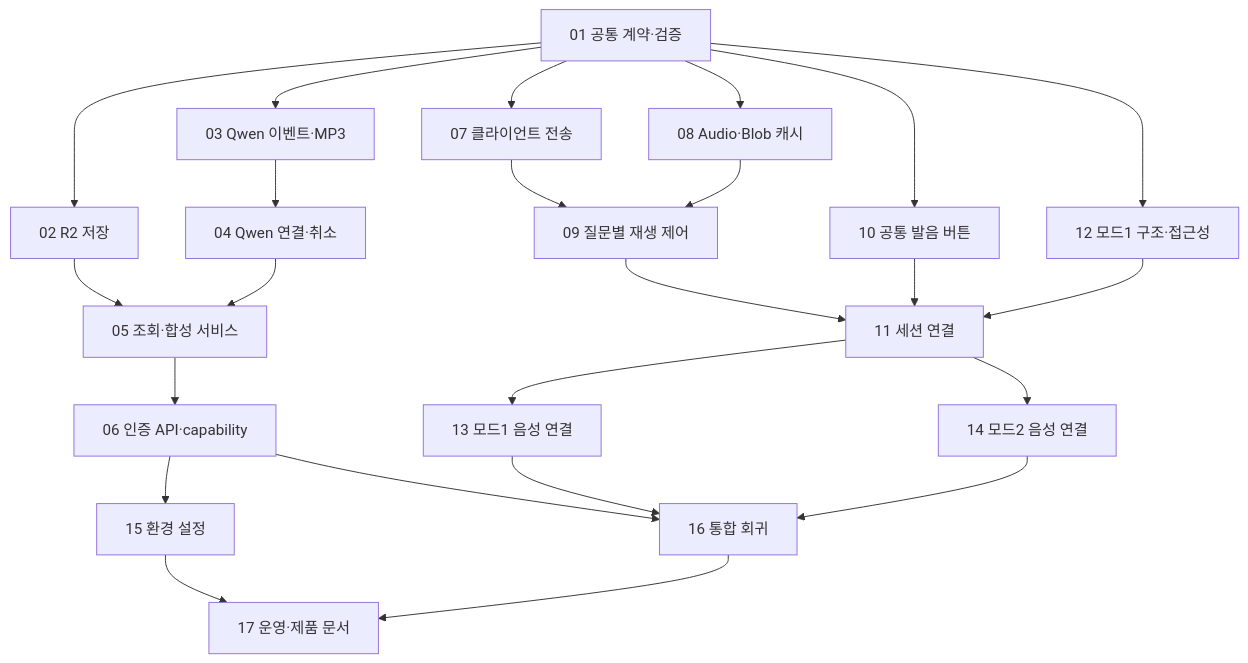
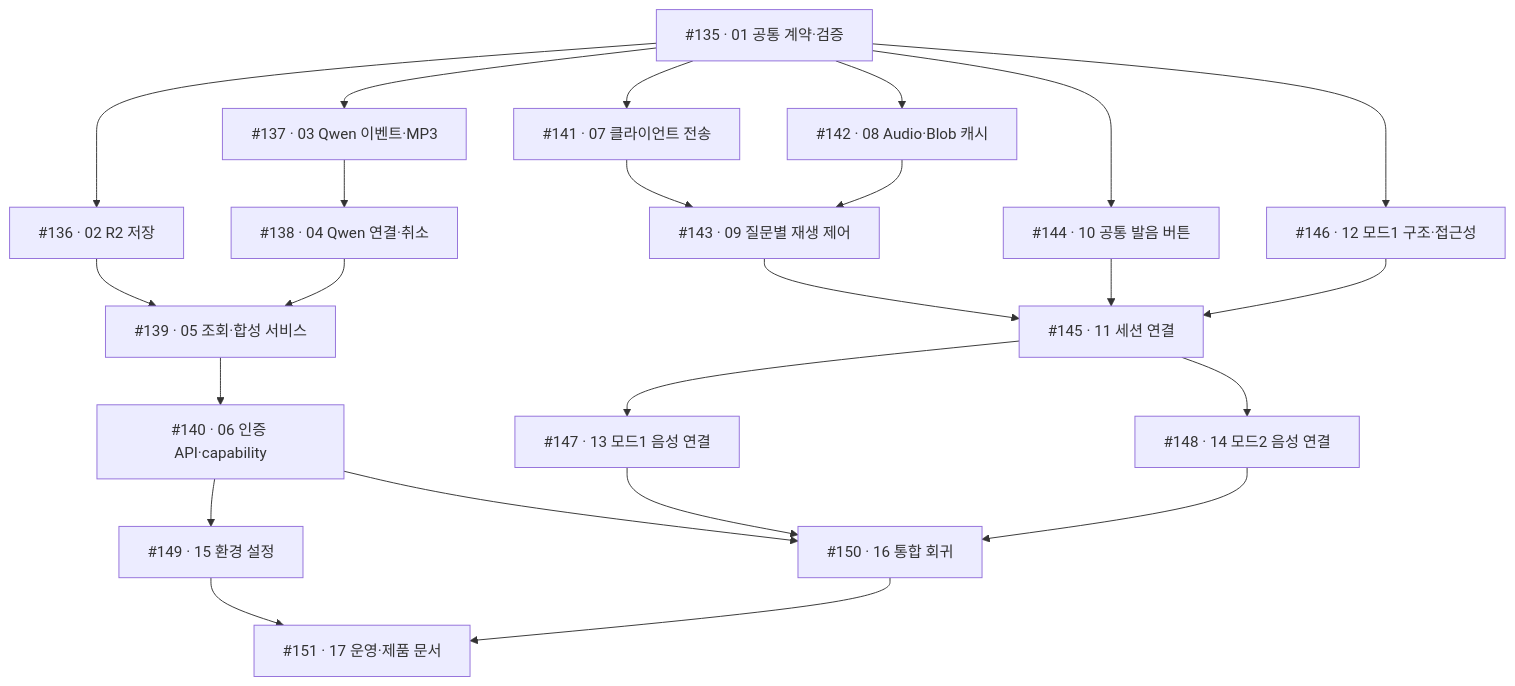
The diagram in docs/plans/chinese-tts-audio-tasks.md (damdam6/vocabulary-study), drawn with Mermaid before and after one commit. The commit also changed other lines of this file and 17 other files, not shown here.

````diff
--- a/docs/plans/chinese-tts-audio-tasks.md
+++ b/docs/plans/chinese-tts-audio-tasks.md
@@ -78,43 +78,43 @@
 ```mermaid
 flowchart TD
-  T1["01 공통 계약·검증"]
-  T2["02 R2 저장"]
-  T3["03 Qwen 이벤트·MP3"]
-  T4["04 Qwen 연결·취소"]
-  T5["05 조회·합성 서비스"]
-  T6["06 인증 API·capability"]
-  T7["07 클라이언트 전송"]
-  T8["08 Audio·Blob 캐시"]
-  T9["09 질문별 재생 제어"]
-  T10["10 공통 발음 버튼"]
-  T11["11 세션 연결"]
-  T12["12 모드1 구조·접근성"]
-  T13["13 모드1 음성 연결"]
-  T14["14 모드2 음성 연결"]
-  T15["15 환경 설정"]
-  T16["16 통합 회귀"]
-  T17["17 운영·제품 문서"]
+  T1["#135 · 01 공통 계약·검증"]
+  T2["#136 · 02 R2 저장"]
+  T3["#137 · 03 Qwen 이벤트·MP3"]
+  T4["#138 · 04 Qwen 연결·취소"]
+  T5["#139 · 05 조회·합성 서비스"]
+  T6["#140 · 06 인증 API·capability"]
+  T7["#141 · 07 클라이언트 전송"]
+  T8["#142 · 08 Audio·Blob 캐시"]
+  T9["#143 · 09 질문별 재생 제어"]
+  T10["#144 · 10 공통 발음 버튼"]
+  T11["#145 · 11 세션 연결"]
+  T12["#146 · 12 모드1 구조·접근성"]
+  T13["#147 · 13 모드1 음성 연결"]
+  T14["#148 · 14 모드2 음성 연결"]
+  T15["#149 · 15 환경 설정"]
+  T16["#150 · 16 통합 회귀"]
+  T17["#151 · 17 운영·제품 문서"]
   T1 --> T2
   T1 --> T3
   T3 --> T4
   T2 --> T5
   T4 --> T5
   T5 --> T6
   T1 --> T7
   T1 --> T8
   T7 --> T9
   T8 --> T9
   T1 --> T10
   T9 --> T11
   T10 --> T11
   T12 --> T11
   T1 --> T12
   T11 --> T13
   T11 --> T14
   T6 --> T15
   T6 --> T16
   T13 --> T16
   T14 --> T16
   T15 --> T17
   T16 --> T17
 ```
````
